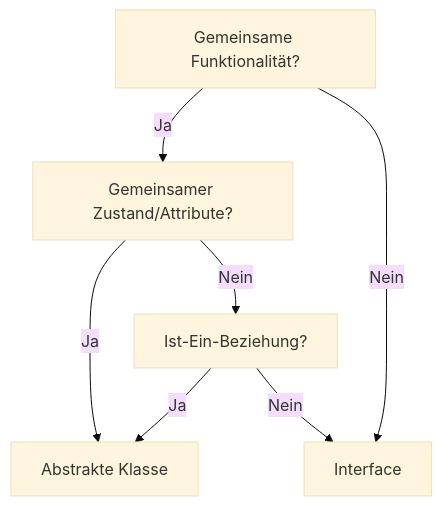
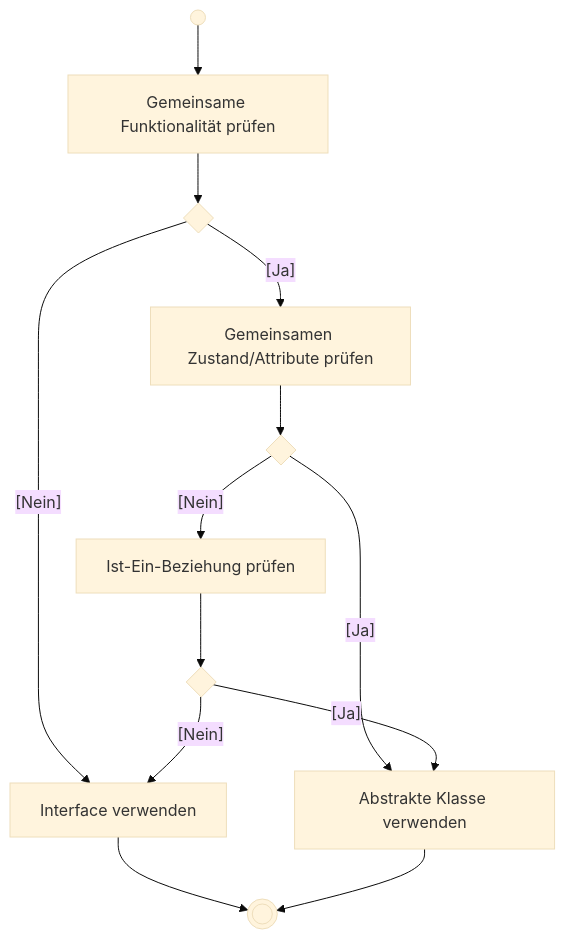
One commit to berndheidemann/dpa_numpy_pandas_site changed the diagram in docs/infoblaetter/abstrakte-klassen.md. Above: the diagram before and after it, drawn with Mermaid (base theme).

Commit message:
changed diagram

````diff
--- a/docs/infoblaetter/abstrakte-klassen.md
+++ b/docs/infoblaetter/abstrakte-klassen.md
@@ -201,9 +201,15 @@
 ```mermaid
 flowchart TD
-    A[Gemeinsame Funktionalität?] -->|Ja| B[Gemeinsamer Zustand/Attribute?]
-    A -->|Nein| C[Interface]
-    B -->|Ja| D[Abstrakte Klasse]
-    B -->|Nein| E[Ist-Ein-Beziehung?]
-    E -->|Ja| D
-    E -->|Nein| C
+    Start(( )) --> F1[Gemeinsame Funktionalität prüfen]
+    F1 --> D1{ }
+    D1 -->|"[Nein]"| C[Interface verwenden]
+    D1 -->|"[Ja]"| F2[Gemeinsamen Zustand/Attribute prüfen]
+    F2 --> D2{ }
+    D2 -->|"[Ja]"| D[Abstrakte Klasse verwenden]
+    D2 -->|"[Nein]"| F3[Ist-Ein-Beziehung prüfen]
+    F3 --> D3{ }
+    D3 -->|"[Ja]"| D
+    D3 -->|"[Nein]"| C
+    C --> Ende((( )))
+    D --> Ende
 ```
````
